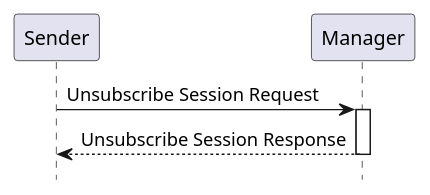
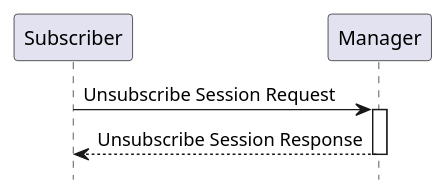
One commit to IHE/RAD.IRA changed the diagram in input/images-source/rad-x7-seq.plantuml. Above: the diagram before and after it, drawn with PlantUML. The commit also changed 7 other files, not shown here.

Commit message:
Changed Sender to Subscriber.

```diff
--- a/input/images-source/rad-x7-seq.plantuml
+++ b/input/images-source/rad-x7-seq.plantuml
@@ -1,13 +1,13 @@
 @startuml
 
 hide footbox
 
-participant "Sender" as Sender
+participant "Subscriber" as Subscriber
 participant "Manager" as Manager
 
-Sender->Manager: Unsubscribe Session Request
+Subscriber->Manager: Unsubscribe Session Request
 activate Manager
-Manager-->Sender: Unsubscribe Session Response
+Manager-->Subscriber: Unsubscribe Session Response
 deactivate Manager
 
 @enduml
```
